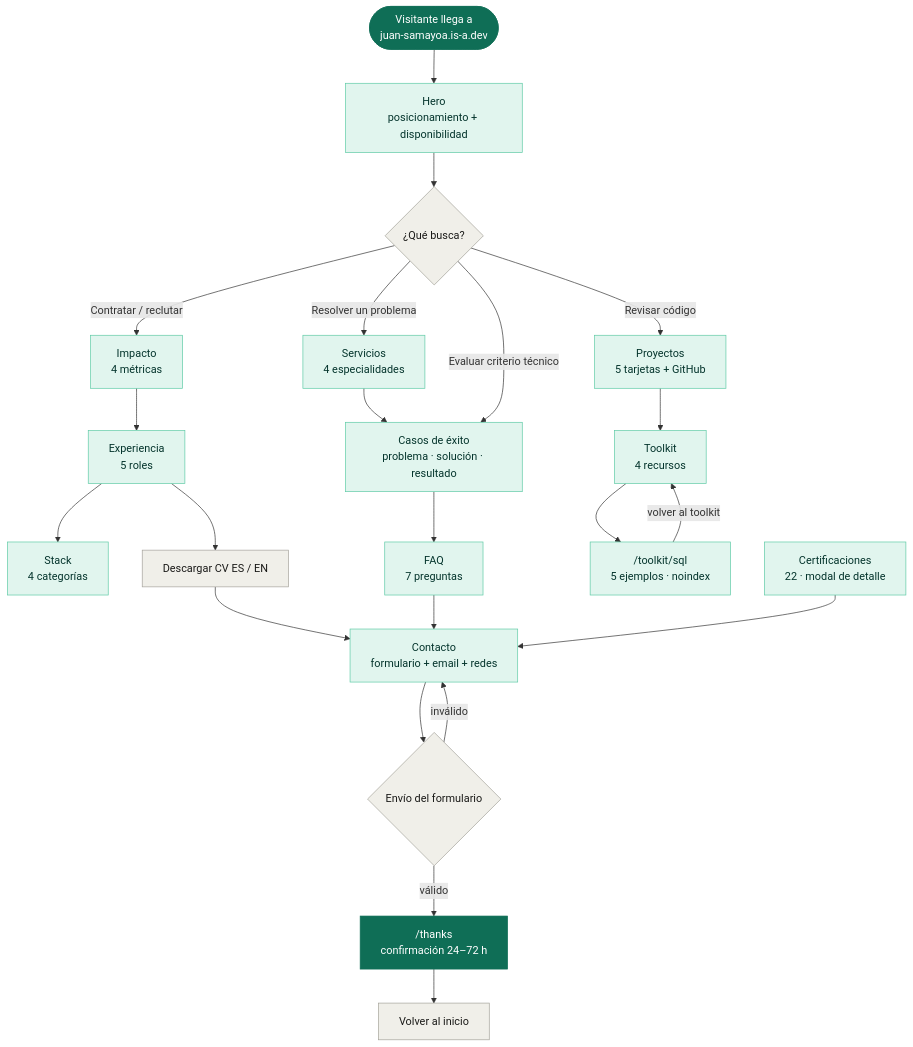
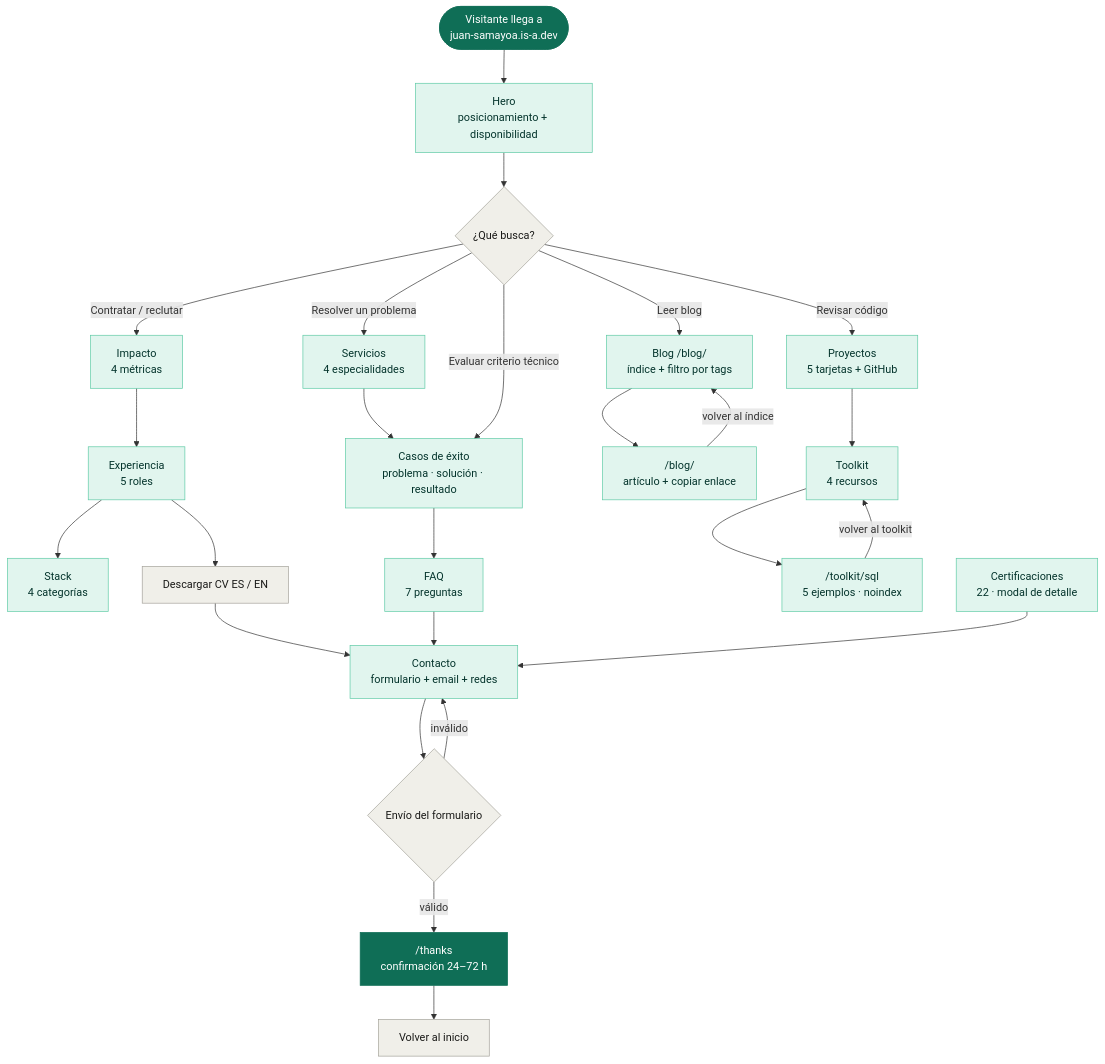
One commit to JuanSamayoa/Portafolio-HTML changed the diagram in .ai/diagrams/user-flow.mmd. Above: the diagram before and after it, drawn with Mermaid. The commit also changed 25 other files, not shown here.

Commit message:
docs(ai): sync architecture, security, performance and blog docs

```diff
--- a/.ai/diagrams/user-flow.mmd
+++ b/.ai/diagrams/user-flow.mmd
@@ -1,36 +1,40 @@
 flowchart TD
     START(["Visitante llega a<br/>juan-samayoa.is-a.dev"]) --> HERO["Hero<br/>posicionamiento + disponibilidad"]
 
     HERO --> PERFIL{"¿Qué busca?"}
 
     PERFIL -->|"Contratar / reclutar"| IMPACT["Impacto<br/>4 métricas"]
     PERFIL -->|"Resolver un problema"| SERVICES["Servicios<br/>4 especialidades"]
     PERFIL -->|"Evaluar criterio técnico"| CASES["Casos de éxito<br/>problema · solución · resultado"]
 
     IMPACT --> EXP["Experiencia<br/>5 roles"]
     EXP --> SKILLS["Stack<br/>4 categorías"]
     EXP --> CV["Descargar CV ES / EN"]
 
     SERVICES --> CASES
     CASES --> FAQ["FAQ<br/>7 preguntas"]
     FAQ --> CONTACT["Contacto<br/>formulario + email + redes"]
+
+    PERFIL -->|"Leer blog"| BLOG["Blog /blog/<br/>índice + filtro por tags"]
+    BLOG --> ARTICLE["/blog/<slug><br/>artículo + copiar enlace"]
+    ARTICLE -->|"volver al índice"| BLOG
 
     PERFIL -->|"Revisar código"| PROJECTS["Proyectos<br/>5 tarjetas + GitHub"]
     PROJECTS --> TOOLKIT["Toolkit<br/>4 recursos"]
     TOOLKIT --> SQL["/toolkit/sql<br/>5 ejemplos · noindex"]
     SQL -->|"volver al toolkit"| TOOLKIT
 
     CERT["Certificaciones<br/>22 · modal de detalle"] --> CONTACT
     CONTACT --> SUBMIT{"Envío del formulario"}
     SUBMIT -->|"válido"| THANKS["/thanks<br/>confirmación 24–72 h"]
     SUBMIT -->|"inválido"| CONTACT
     THANKS --> BACK["Volver al inicio"]
 
     CV --> CONTACT
 
     classDef entry fill:#0f6e56,stroke:#0f6e56,color:#ffffff
     classDef section fill:#e1f5ee,stroke:#5dcaa5,color:#04342c
     classDef utility fill:#f0efe9,stroke:#a3a199,color:#1a1a18
     class START,THANKS entry
-    class HERO,IMPACT,SERVICES,CASES,EXP,SKILLS,PROJECTS,TOOLKIT,SQL,CERT,FAQ,CONTACT section
+    class HERO,IMPACT,SERVICES,CASES,EXP,SKILLS,PROJECTS,TOOLKIT,SQL,CERT,FAQ,CONTACT,BLOG,ARTICLE section
     class CV,BACK,SUBMIT,PERFIL,PERFIL utility
```
